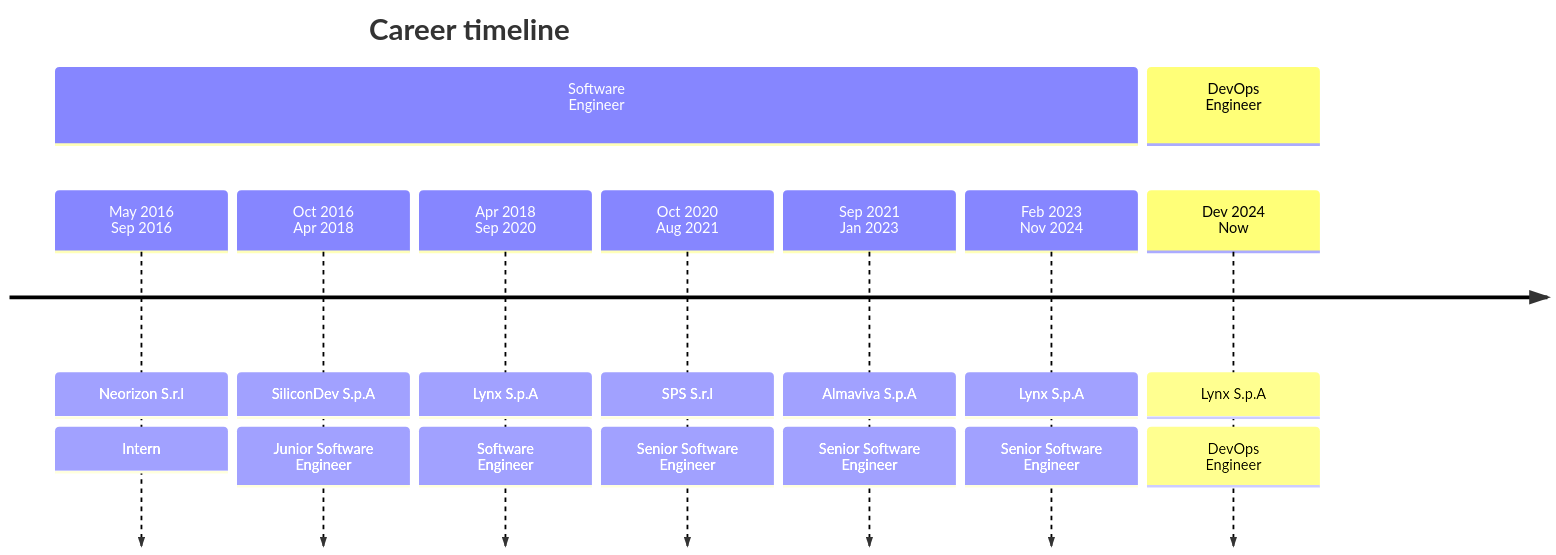
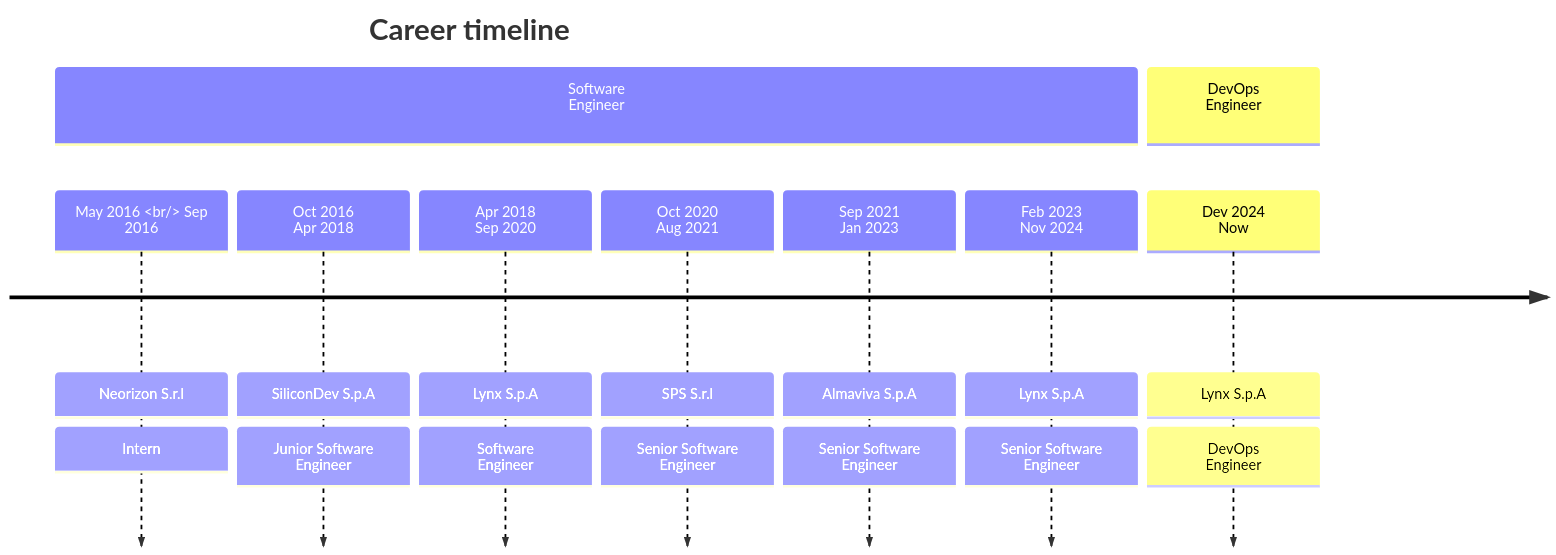
Before and after one commit to FedericoSerini/personal-website: the diagram in content/career/_index.md, drawn with Mermaid.

Commit message:
fix: content layout

````diff
--- a/content/career/_index.md
+++ b/content/career/_index.md
@@ -6,13 +6,13 @@
 ```mermaid
 timeline
         title Career timeline
         section Software <br> Engineer
-          May 2016 <br> Sep 2016 : Neorizon S.r.l : Intern
+          May 2016 <br/> Sep 2016 : Neorizon S.r.l : Intern
           Oct 2016 <br> Apr 2018 : SiliconDev S.p.A : Junior Software <br> Engineer
           Apr 2018 <br> Sep 2020 : Lynx S.p.A : Software <br> Engineer
           Oct 2020 <br> Aug 2021 : SPS S.r.l : Senior Software <br> Engineer
           Sep 2021 <br> Jan 2023: Almaviva S.p.A : Senior Software <br> Engineer
           Feb 2023 <br> Nov 2024: Lynx S.p.A : Senior Software <br> Engineer
         section DevOps <br> Engineer
           Dev 2024 <br> Now : Lynx S.p.A : DevOps <br> Engineer
 ```
````
